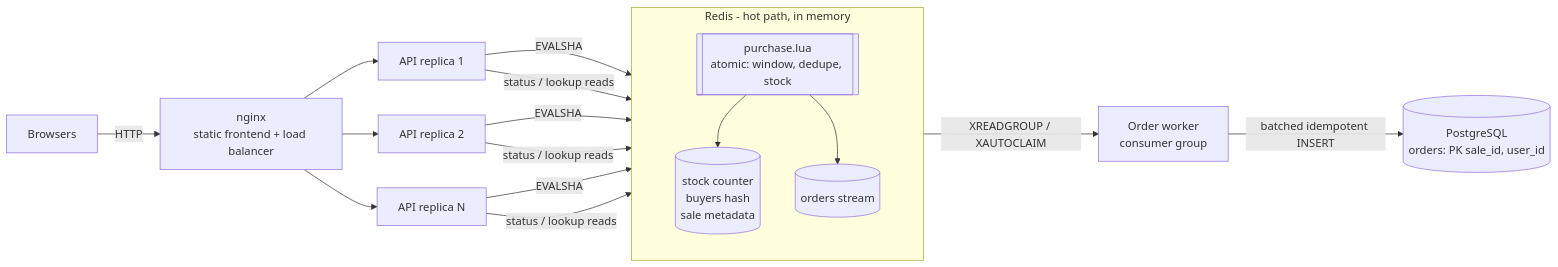
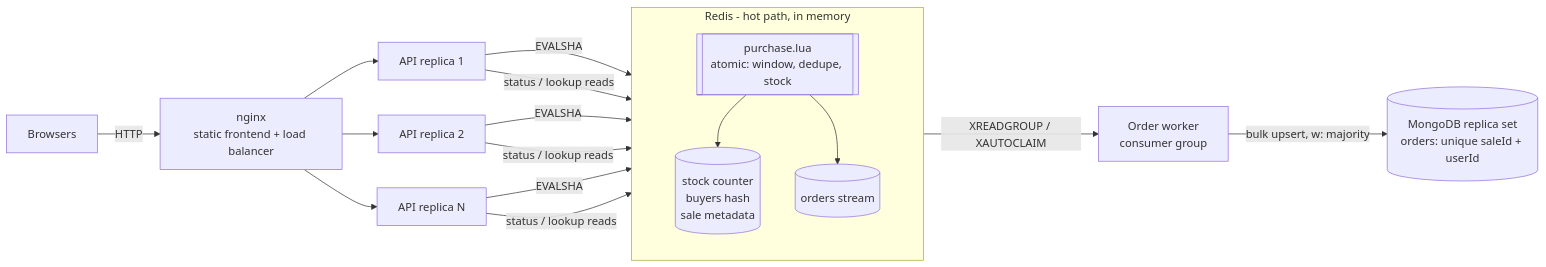
One commit to meeksoul/bookipi-test changed the first of 2 diagrams in README.md. Above: the diagram before and after it, drawn with Mermaid. The commit also changed other lines of this file and 10 other files, not shown here.

Commit message:
Switch order store from PostgreSQL to MongoDB replica set; document MongoDB vs SQL trade-offs

````diff
--- a/README.md
+++ b/README.md
@@ -61,22 +61,22 @@
 ```mermaid
 flowchart LR
     U[Browsers] -->|HTTP| LB[nginx<br/>static frontend + load balancer]
     LB --> A1[API replica 1]
     LB --> A2[API replica 2]
     LB --> A3[API replica N]
 
     subgraph Redis [Redis - hot path, in memory]
       direction TB
       L[[purchase.lua<br/>atomic: window, dedupe, stock]]
       K[(stock counter<br/>buyers hash<br/>sale metadata)]
       S[(orders stream)]
       L --> K
       L --> S
     end
 
     A1 & A2 & A3 -->|EVALSHA| L
     A1 & A2 & A3 -->|status / lookup reads| K
 
     S -->|XREADGROUP / XAUTOCLAIM| W[Order worker<br/>consumer group]
-    W -->|batched idempotent INSERT| PG[(PostgreSQL<br/>orders: PK sale_id, user_id)]
+    W -->|bulk upsert, w: majority| M[(MongoDB replica set<br/>orders: unique saleId + userId)]
 ```
````
